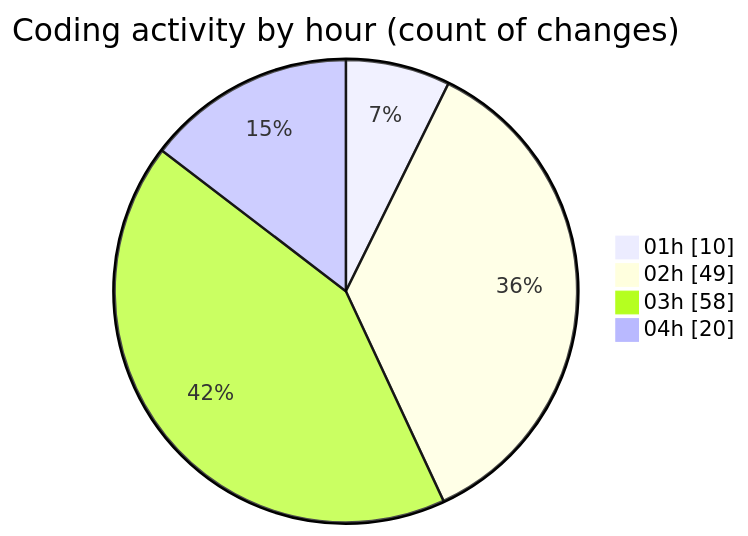
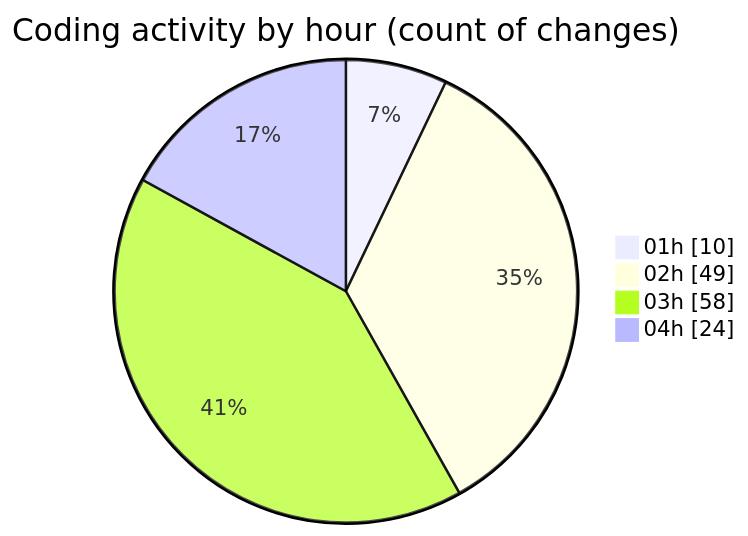
One commit to julien-gomy/code-tracking changed the second of 2 diagrams in 2025-11-21/eventscop-frontend-guide__workspace_/README.md. Above: the diagram before and after it, drawn with Mermaid. The commit also changed other lines of this file and 1 other file, not shown here.

````diff
--- a/2025-11-21/eventscop-frontend-guide__workspace_/README.md
+++ b/2025-11-21/eventscop-frontend-guide__workspace_/README.md
@@ -71,8 +71,8 @@
 ```mermaid
 pie showData
 title Coding activity by hour (count of changes)
 "01h" : 10
 "02h" : 49
 "03h" : 58
-"04h" : 20
+"04h" : 24
 ```
````
